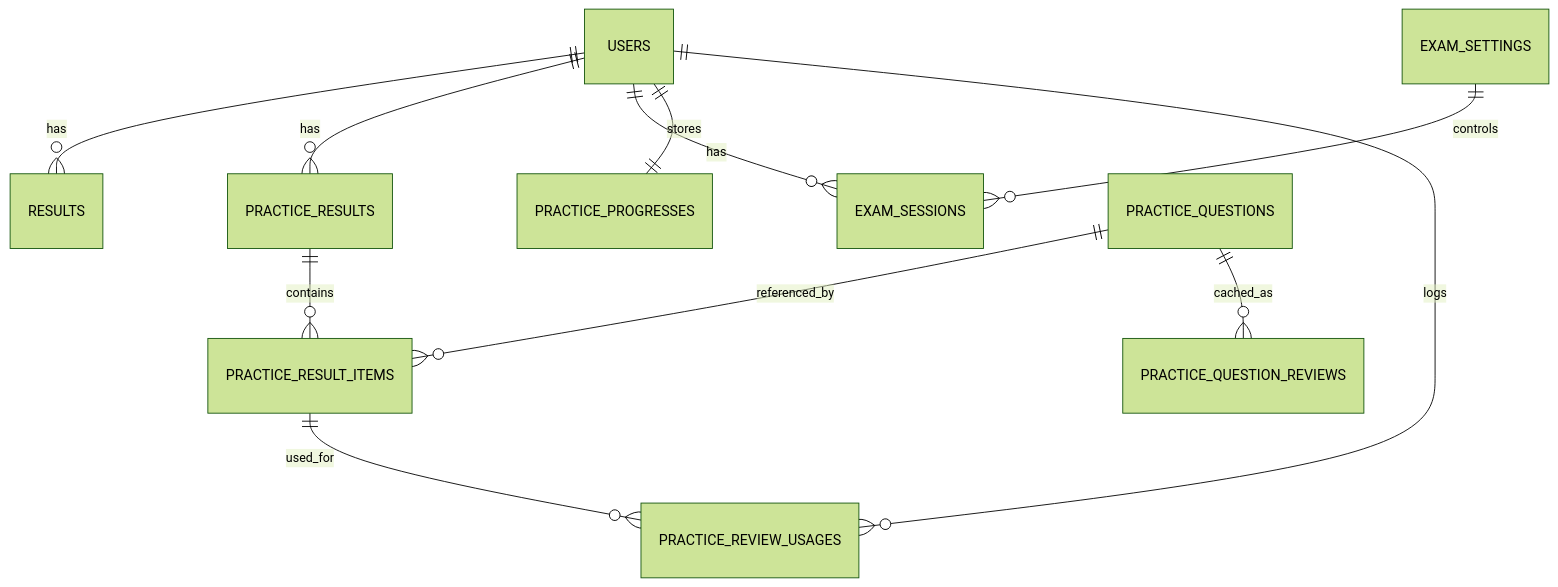
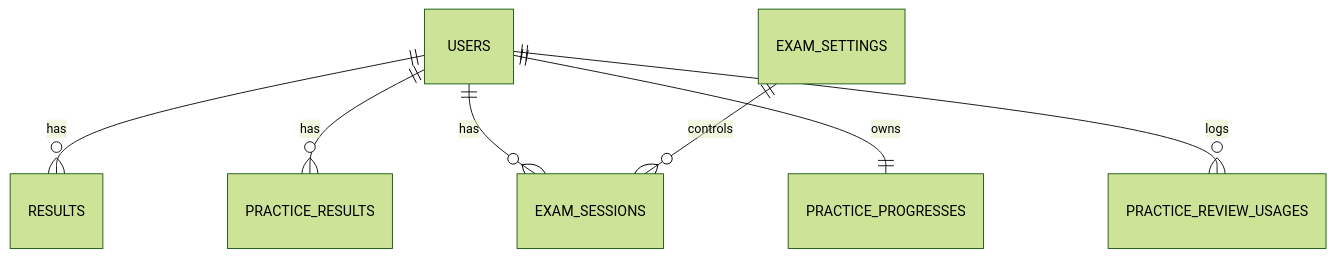
Before and after one commit to mranggamaulana22-tech/toefl-cbt-laravel: the first of 8 diagrams in docs/ERD.md, drawn with Mermaid (forest theme). The commit also changed other lines of this file and 25 other files, not shown here.

````diff
--- a/docs/ERD.md
+++ b/docs/ERD.md
@@ -7,15 +34,10 @@
 ```mermaid
 erDiagram
     USERS ||--o{ RESULTS : has
     USERS ||--o{ PRACTICE_RESULTS : has
     USERS ||--o{ EXAM_SESSIONS : has
-    USERS ||--|| PRACTICE_PROGRESSES : stores
+    USERS ||--|| PRACTICE_PROGRESSES : owns
     USERS ||--o{ PRACTICE_REVIEW_USAGES : logs
 
     EXAM_SETTINGS ||--o{ EXAM_SESSIONS : controls
-
-    PRACTICE_RESULTS ||--o{ PRACTICE_RESULT_ITEMS : contains
-    PRACTICE_QUESTIONS ||--o{ PRACTICE_RESULT_ITEMS : referenced_by
-    PRACTICE_RESULT_ITEMS ||--o{ PRACTICE_REVIEW_USAGES : used_for
-    PRACTICE_QUESTIONS ||--o{ PRACTICE_QUESTION_REVIEWS : cached_as
 ```
````
